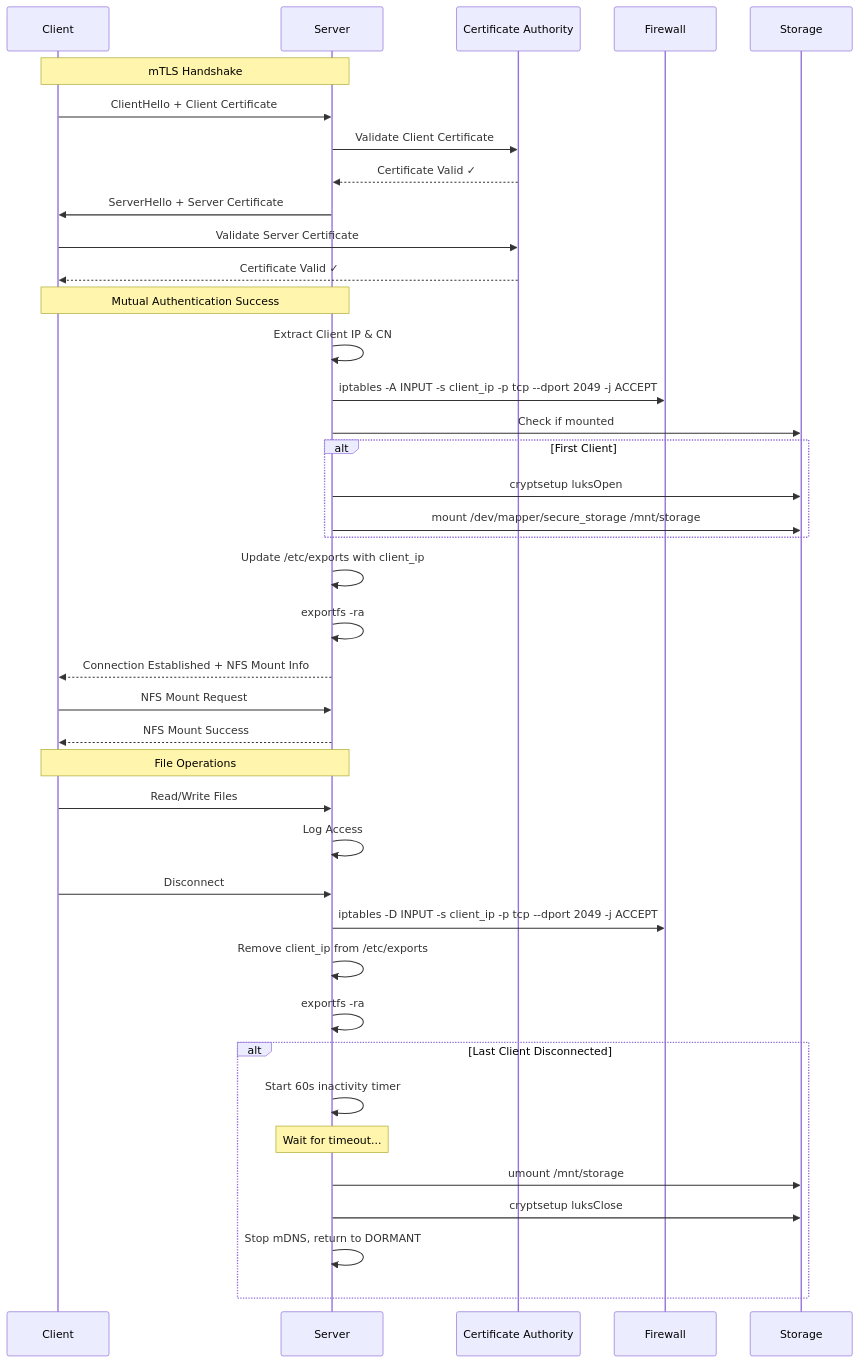
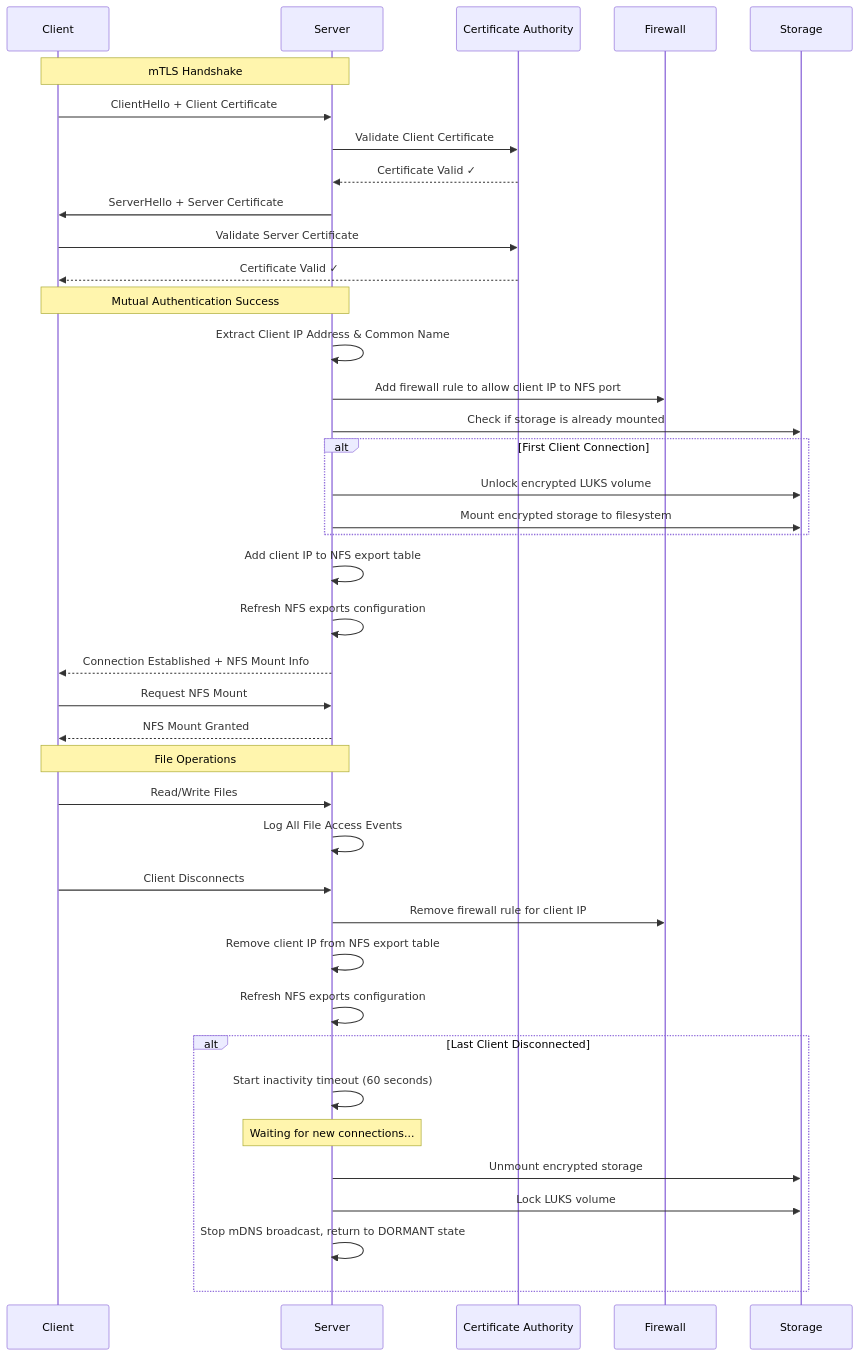
Before and after one commit to andreas-04/thumbs-up: the third of 3 diagrams in docs/system-architecture.md, drawn with Mermaid. The commit also changed other lines of this file, not shown here.

Commit message:
update combined diagram

````diff
--- a/docs/system-architecture.md
+++ b/docs/system-architecture.md
@@ -221,52 +146,52 @@
 ```mermaid
 sequenceDiagram
     participant C as Client
     participant S as Server
     participant CA as Certificate Authority
     participant FW as Firewall
     participant ST as Storage
     
     Note over C,S: mTLS Handshake
     C->>S: ClientHello + Client Certificate
     S->>CA: Validate Client Certificate
     CA-->>S: Certificate Valid ✓
     S->>C: ServerHello + Server Certificate
     C->>CA: Validate Server Certificate
     CA-->>C: Certificate Valid ✓
     
     Note over C,S: Mutual Authentication Success
     
-    S->>S: Extract Client IP & CN
-    S->>FW: iptables -A INPUT -s client_ip -p tcp --dport 2049 -j ACCEPT
-    S->>ST: Check if mounted
+    S->>S: Extract Client IP Address & Common Name
+    S->>FW: Add firewall rule to allow client IP to NFS port
+    S->>ST: Check if storage is already mounted
     
-    alt First Client
-        S->>ST: cryptsetup luksOpen
-        S->>ST: mount /dev/mapper/secure_storage /mnt/storage
+    alt First Client Connection
+        S->>ST: Unlock encrypted LUKS volume
+        S->>ST: Mount encrypted storage to filesystem
     end
     
-    S->>S: Update /etc/exports with client_ip
-    S->>S: exportfs -ra
+    S->>S: Add client IP to NFS export table
+    S->>S: Refresh NFS exports configuration
     
     S-->>C: Connection Established + NFS Mount Info
     
-    C->>S: NFS Mount Request
-    S-->>C: NFS Mount Success
+    C->>S: Request NFS Mount
+    S-->>C: NFS Mount Granted
     
     Note over C,S: File Operations
     C->>S: Read/Write Files
-    S->>S: Log Access
+    S->>S: Log All File Access Events
     
-    C->>S: Disconnect
-    S->>FW: iptables -D INPUT -s client_ip -p tcp --dport 2049 -j ACCEPT
-    S->>S: Remove client_ip from /etc/exports
-    S->>S: exportfs -ra
+    C->>S: Client Disconnects
+    S->>FW: Remove firewall rule for client IP
+    S->>S: Remove client IP from NFS export table
+    S->>S: Refresh NFS exports configuration
     
     alt Last Client Disconnected
-        S->>S: Start 60s inactivity timer
-        Note over S: Wait for timeout...
-        S->>ST: umount /mnt/storage
-        S->>ST: cryptsetup luksClose
-        S->>S: Stop mDNS, return to DORMANT
+        S->>S: Start inactivity timeout (60 seconds)
+        Note over S: Waiting for new connections...
+        S->>ST: Unmount encrypted storage
+        S->>ST: Lock LUKS volume
+        S->>S: Stop mDNS broadcast, return to DORMANT state
     end
 ```
````
